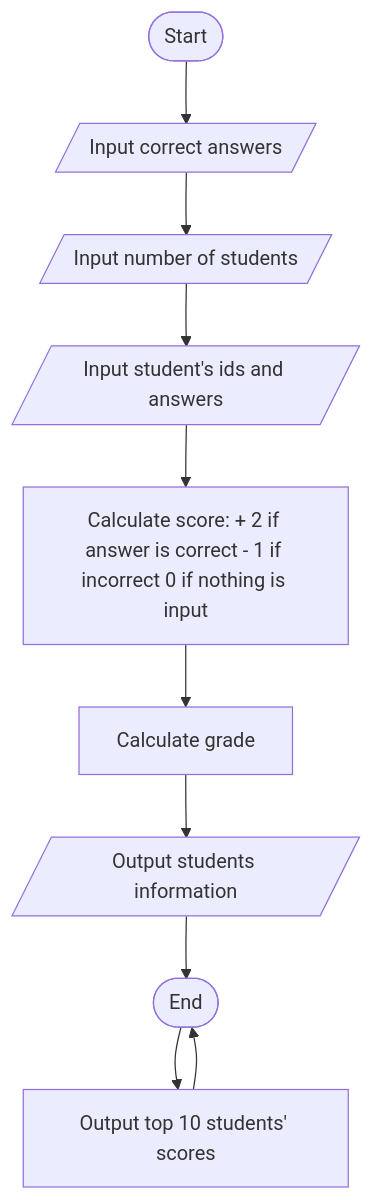
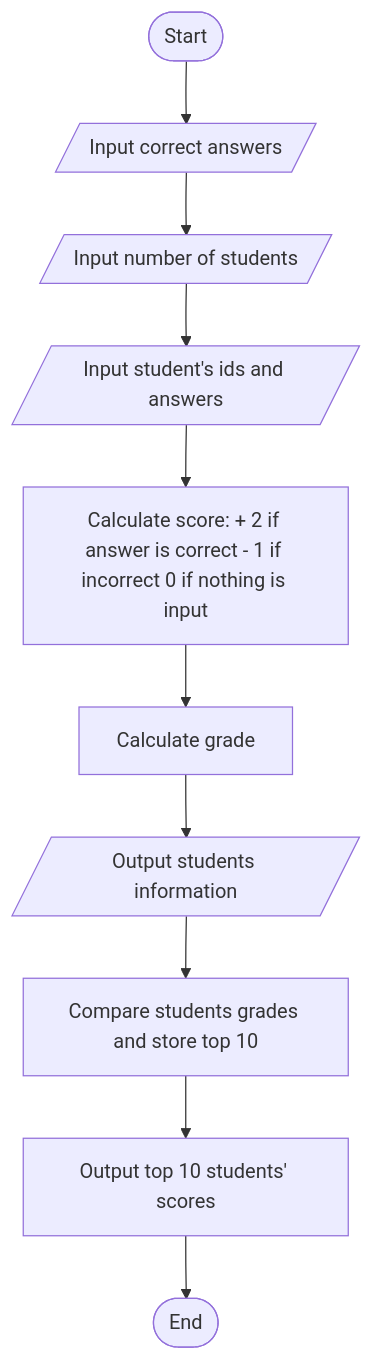
One commit to SWEG-2015EC-Batch/KM changed the diagram in Group_Assignment_I/Test_Maker.md. Above: the diagram before and after it, drawn with Mermaid.

Commit message:
Test maker

````diff
--- a/Group_Assignment_I/Test_Maker.md
+++ b/Group_Assignment_I/Test_Maker.md
@@ -56,12 +56,12 @@
 ```mermaid
         flowchart TD
 A([Start]) --> B[/Input correct answers/];
 B --> C[/Input number of students/];
 C --> D[/Input student's ids and answers/];
 D --> E["Calculate score: + 2 if answer is correct - 1 if incorrect 0 if nothing is input"];
 E --> F["Calculate grade"];
 F --> G[/Output students information/];
 G --> H["Compare students grades and store top 10"];
-H --> J["Output top 10 students' scores"];
-J --> H([End]);
+H --> I["Output top 10 students' scores"];
+I --> J([End]);
 ```
````
